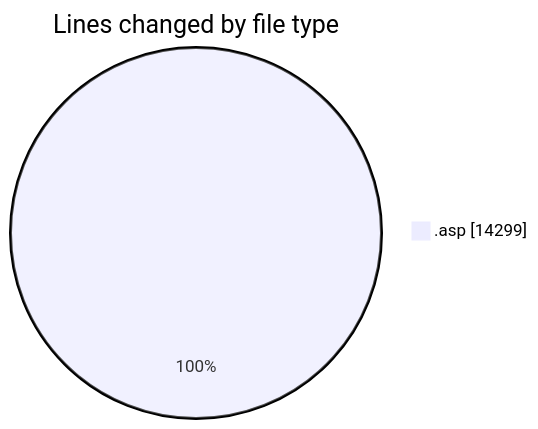
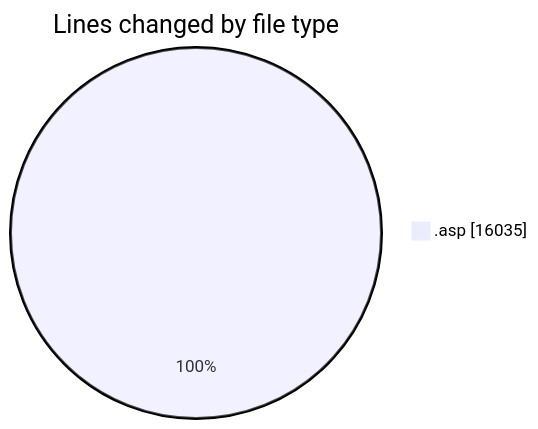
One commit to julien-gomy/code-tracking changed the first of 2 diagrams in 2025-11-28/cdp_aleoudev_fr__workspace_/README.md. Above: the diagram before and after it, drawn with Mermaid. The commit also changed other lines of this file and 1 other file, not shown here.

````diff
--- a/2025-11-28/cdp_aleoudev_fr__workspace_/README.md
+++ b/2025-11-28/cdp_aleoudev_fr__workspace_/README.md
@@ -25,5 +25,5 @@
 ```mermaid
 pie showData
 title Lines changed by file type
-".asp" : 14299
+".asp" : 16035
 ```
````
